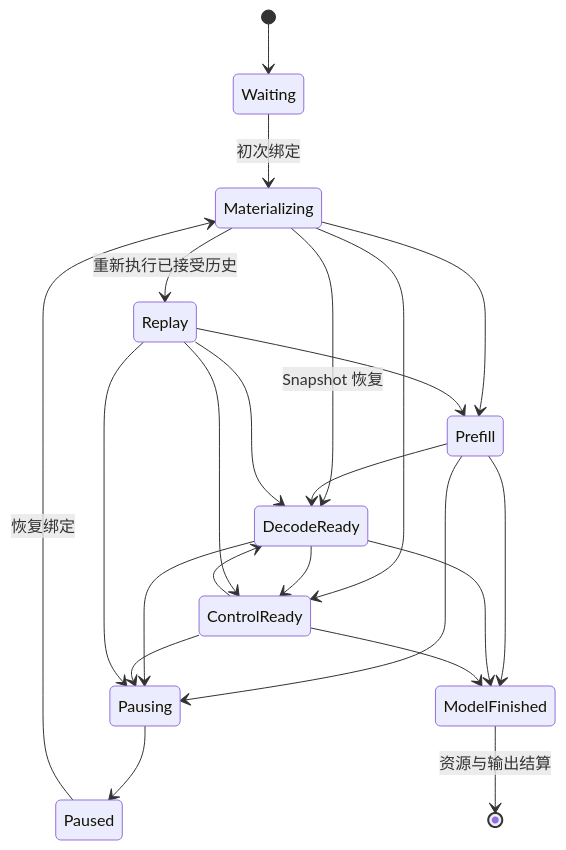
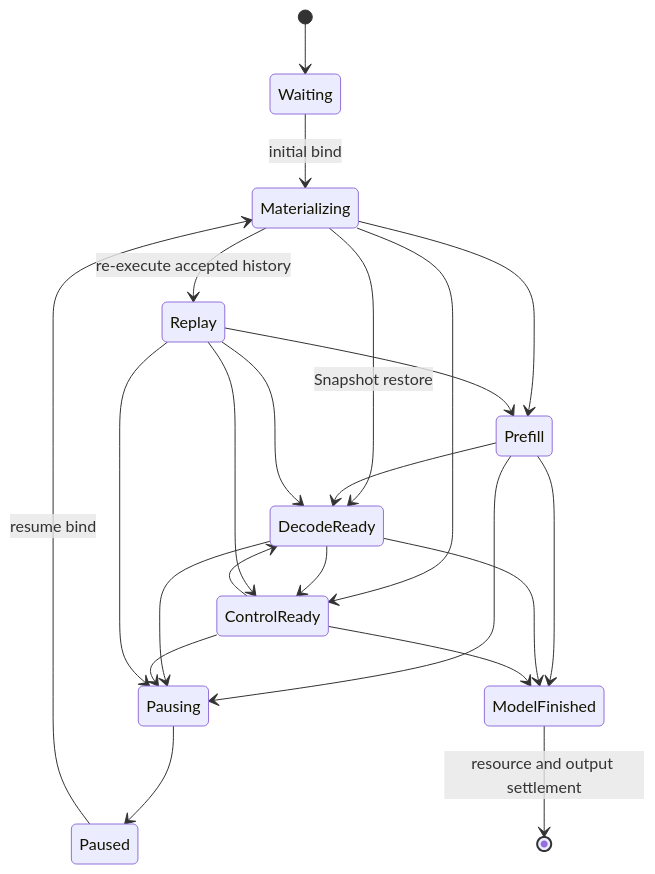
One commit to Wallawalla47/Infernix changed the third of 3 diagrams in docs/maintainer/engine-architecture.md. Above: the diagram before and after it, drawn with Mermaid. The commit also changed other lines of this file and 8 other files, not shown here.

````diff
--- a/docs/maintainer/engine-architecture.md
+++ b/docs/maintainer/engine-architecture.md
@@ -130,25 +160,25 @@
 ```mermaid
 stateDiagram-v2
     [*] --> Waiting
-    Waiting --> Materializing: 初次绑定
+    Waiting --> Materializing: initial bind
     Materializing --> Prefill
-    Materializing --> Replay: 重新执行已接受历史
-    Materializing --> DecodeReady: Snapshot 恢复
+    Materializing --> Replay: re-execute accepted history
+    Materializing --> DecodeReady: Snapshot restore
     Materializing --> ControlReady
     Prefill --> DecodeReady
     DecodeReady --> ControlReady
     ControlReady --> DecodeReady
     Replay --> Prefill
     Replay --> DecodeReady
     Replay --> ControlReady
     Prefill --> Pausing
     DecodeReady --> Pausing
     ControlReady --> Pausing
     Replay --> Pausing
     Pausing --> Paused
-    Paused --> Materializing: 恢复绑定
+    Paused --> Materializing: resume bind
     Prefill --> ModelFinished
     DecodeReady --> ModelFinished
     ControlReady --> ModelFinished
-    ModelFinished --> [*]: 资源与输出结算
+    ModelFinished --> [*]: resource and output settlement
 ```
````
